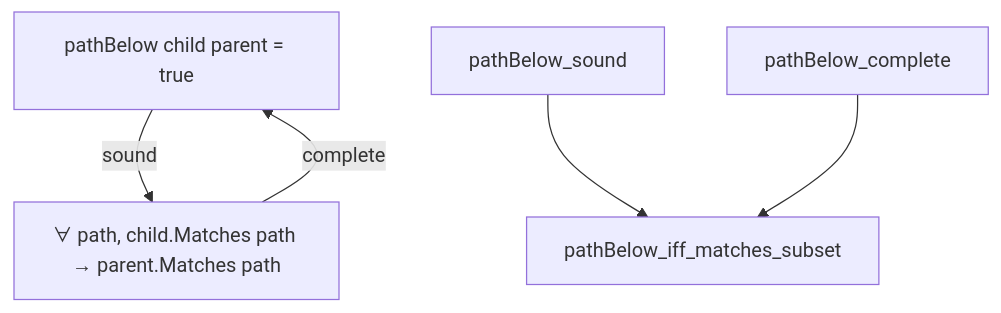
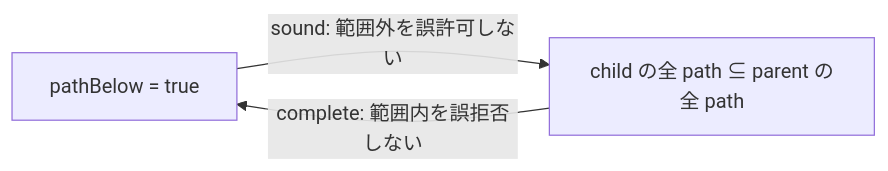
The second of 2 diagrams in docs/authority-core/paths.md (Aqua-218/SecCamp-AIAgent), drawn with Mermaid before and after one commit. The commit also changed other lines of this file, not shown here.

Commit message:
docs(authority): clarify path proof benefits

````diff
--- a/docs/authority-core/paths.md
+++ b/docs/authority-core/paths.md
@@ -71,13 +155,7 @@
 ```mermaid
-flowchart TD
-    decision["pathBelow child parent = true"]
-    subset["∀ path, child.Matches path → parent.Matches path"]
-    sound["pathBelow_sound"]
-    complete["pathBelow_complete"]
-    exact["pathBelow_iff_matches_subset"]
-
-    decision -->|"sound"| subset
-    subset -->|"complete"| decision
-    sound --> exact
-    complete --> exact
+flowchart LR
+    decision["pathBelow = true"]
+    subset["child の全 path ⊆ parent の全 path"]
+    decision -->|sound: 範囲外を誤許可しない| subset
+    subset -->|complete: 範囲内を誤拒否しない| decision
 ```
````
